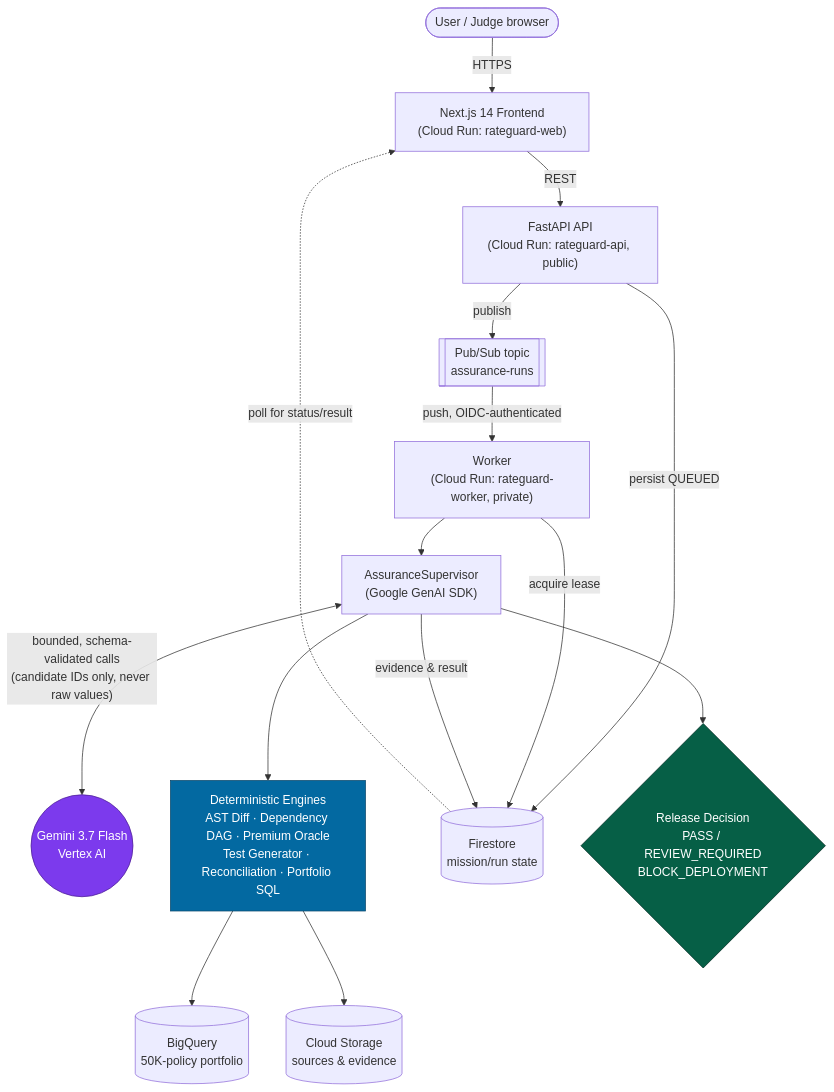
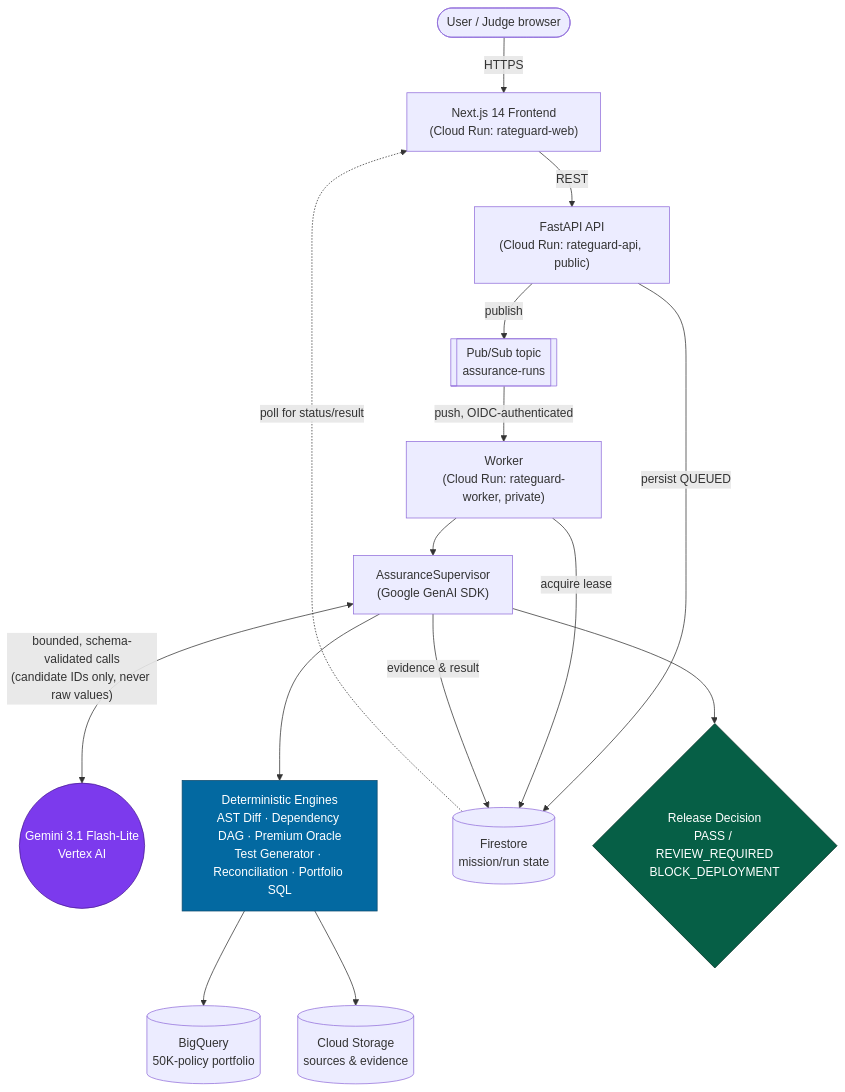
One commit to Panja-Sketch/rateguard-enhanced changed the diagram in README.md. Above: the diagram before and after it, drawn with Mermaid. The commit also changed other lines of this file and 171 other files, not shown here.

Commit message:
Add Firebase auth, RBAC, tenant isolation (DB + artifacts), rate limiting, guardrail config, and locked Gemini/Vertex runtime config

````diff
--- a/README.md
+++ b/README.md
@@ -47,34 +47,34 @@
 ```mermaid
 flowchart TB
     User(["User / Judge browser"])
     Web["Next.js 14 Frontend<br/>(Cloud Run: rateguard-web)"]
     API["FastAPI API<br/>(Cloud Run: rateguard-api, public)"]
     Topic[["Pub/Sub topic<br/>assurance-runs"]]
     Worker["Worker<br/>(Cloud Run: rateguard-worker, private)"]
     Supervisor["AssuranceSupervisor<br/>(Google GenAI SDK)"]
-    Gemini(("Gemini 3.7 Flash<br/>Vertex AI"))
+    Gemini(("Gemini 3.1 Flash-Lite<br/>Vertex AI"))
     Engines["Deterministic Engines<br/>AST Diff · Dependency DAG · Premium Oracle<br/>Test Generator · Reconciliation · Portfolio SQL"]
     Firestore[("Firestore<br/>mission/run state")]
     BigQuery[("BigQuery<br/>50K-policy portfolio")]
     GCS[("Cloud Storage<br/>sources & evidence")]
     Decision{"Release Decision<br/>PASS / REVIEW_REQUIRED<br/>BLOCK_DEPLOYMENT"}
 
     User -- HTTPS --> Web
     Web -- REST --> API
     API -- "persist QUEUED" --> Firestore
     API -- publish --> Topic
     Topic -- "push, OIDC-authenticated" --> Worker
     Worker -- "acquire lease" --> Firestore
     Worker --> Supervisor
     Supervisor <-- "bounded, schema-validated calls<br/>(candidate IDs only, never raw values)" --> Gemini
     Supervisor --> Engines
     Engines --> BigQuery
     Engines --> GCS
     Supervisor -- evidence & result --> Firestore
     Supervisor --> Decision
     Firestore -. poll for status/result .-> Web
 
     style Gemini fill:#7c3aed,stroke:#4c1d95,color:#fff
     style Engines fill:#0369a1,stroke:#0c4a6e,color:#fff
     style Decision fill:#065f46,stroke:#022c22,color:#fff
 ```
````
